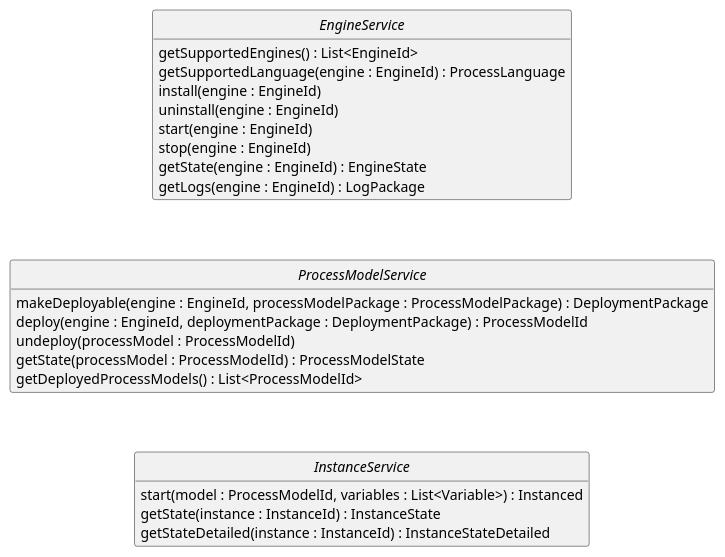
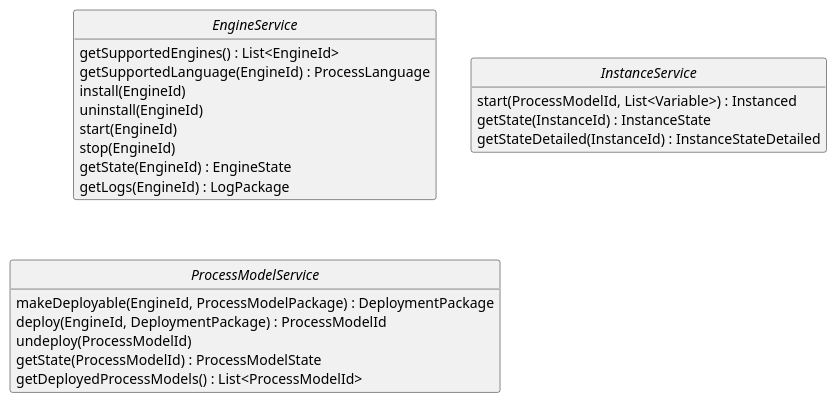
Before and after one commit to uniba-dsg/betsy: the diagram in peal/doc/services.puml, drawn with PlantUML. The commit also changed 1 other file, not shown here.

```diff
--- a/peal/doc/services.puml
+++ b/peal/doc/services.puml
@@ -1,42 +1,42 @@
 @startuml
 
 
 interface EngineService {
     getSupportedEngines() : List<EngineId>
-    getSupportedLanguage(engine : EngineId) : ProcessLanguage
-    install(engine : EngineId)
-    uninstall(engine : EngineId)
-    start(engine : EngineId)
-    stop(engine : EngineId)
-    getState(engine : EngineId) : EngineState
-    getLogs(engine : EngineId) : LogPackage
+    getSupportedLanguage(EngineId) : ProcessLanguage
+    install(EngineId)
+    uninstall(EngineId)
+    start(EngineId)
+    stop(EngineId)
+    getState(EngineId) : EngineState
+    getLogs(EngineId) : LogPackage
 }
 
 interface ProcessModelService {
-    makeDeployable(engine : EngineId, processModelPackage : ProcessModelPackage) : DeploymentPackage
-    deploy(engine : EngineId, deploymentPackage : DeploymentPackage) : ProcessModelId
-    undeploy(processModel : ProcessModelId)
-    getState(processModel : ProcessModelId) : ProcessModelState
+    makeDeployable(EngineId, ProcessModelPackage) : DeploymentPackage
+    deploy(EngineId, DeploymentPackage) : ProcessModelId
+    undeploy(ProcessModelId)
+    getState(ProcessModelId) : ProcessModelState
     getDeployedProcessModels() : List<ProcessModelId>
 }
 
 interface InstanceService {
-    start(model : ProcessModelId, variables : List<Variable>) : Instanced
-    getState(instance : InstanceId) : InstanceState
-    getStateDetailed(instance : InstanceId) : InstanceStateDetailed
+    start(ProcessModelId, List<Variable>) : Instanced
+    getState(InstanceId) : InstanceState
+    getStateDetailed(InstanceId) : InstanceStateDetailed
 }
 
 EngineService -[hidden]down- ProcessModelService
-ProcessModelService -[hidden]down- InstanceService
+EngineService -[hidden]right- InstanceService
 
 
 
 
 hide empty members
 hide empty methods
 hide circle
 
 skinparam monochrome true
 skinparam shadowing false
 skinparam packageStyle rect
 @enduml
```
